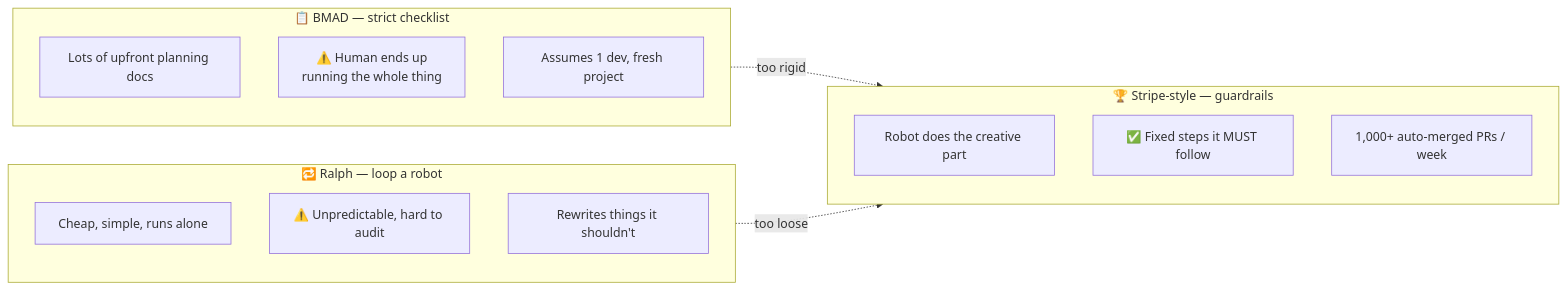
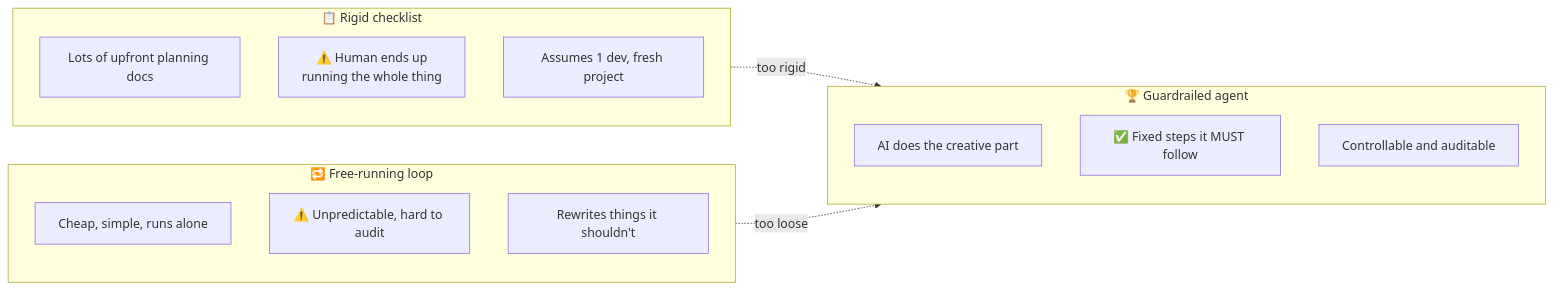
The sixth of 7 diagrams in docs/software-factory-summary.md (215eight/ai-sdd), drawn with Mermaid before and after one commit. The commit also changed other lines of this file and 47 other files, not shown here.

````diff
--- a/docs/software-factory-summary.md
+++ b/docs/software-factory-summary.md
@@ -144,26 +144,26 @@
 ```mermaid
 flowchart LR
-    subgraph BMAD["📋 BMAD — strict checklist"]
+    subgraph RIGID["📋 Rigid checklist"]
         direction TB
         M1["Lots of upfront planning docs"]
         M2["⚠️ Human ends up<br/>running the whole thing"]
         M3["Assumes 1 dev, fresh project"]
     end
 
-    subgraph RALPH["🔁 Ralph — loop a robot"]
+    subgraph LOOSE["🔁 Free-running loop"]
         direction TB
         R1["Cheap, simple, runs alone"]
         R2["⚠️ Unpredictable, hard to audit"]
         R3["Rewrites things it shouldn't"]
     end
 
-    subgraph STRIPE["🏆 Stripe-style — guardrails"]
+    subgraph GUARDED["🏆 Guardrailed agent"]
         direction TB
-        S1["Robot does the creative part"]
+        S1["AI does the creative part"]
         S2["✅ Fixed steps it MUST follow"]
-        S3["1,000+ auto-merged PRs / week"]
+        S3["Controllable and auditable"]
     end
 
-    BMAD -.->|"too rigid"| STRIPE
-    RALPH -.->|"too loose"| STRIPE
+    RIGID -.->|"too rigid"| GUARDED
+    LOOSE -.->|"too loose"| GUARDED
 ```
````
